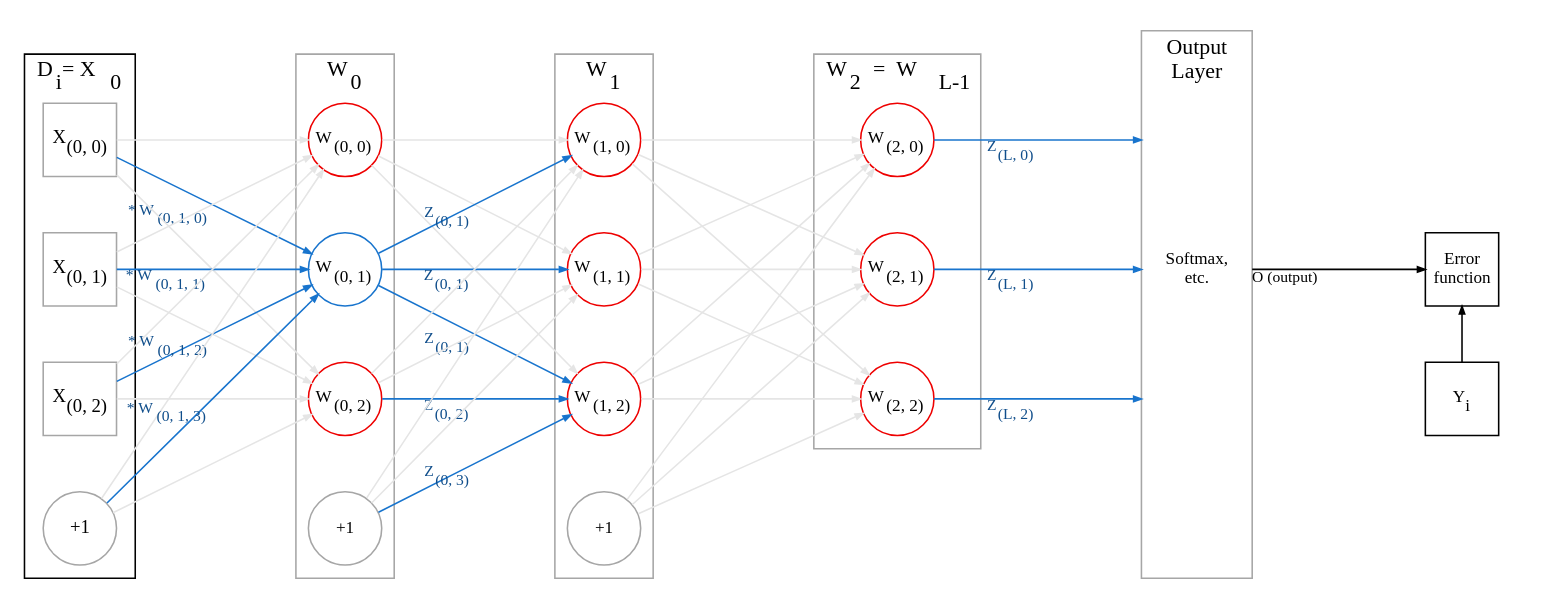
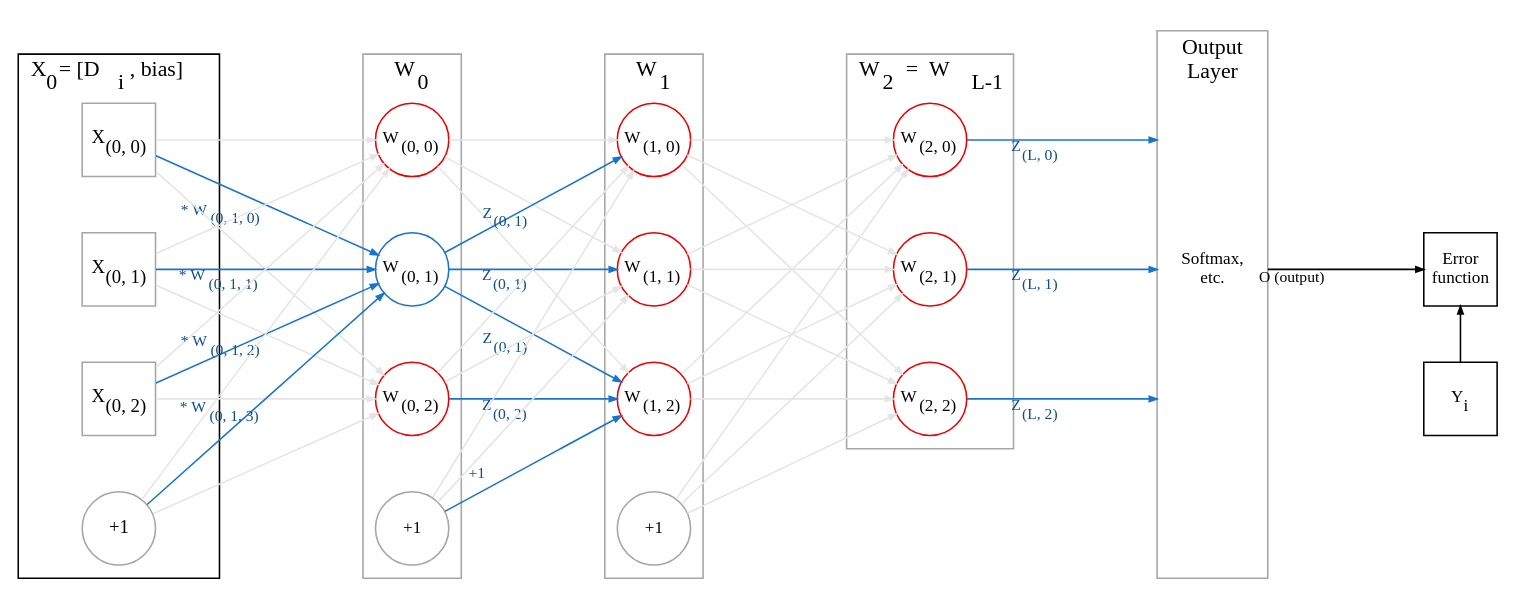
Before and after one commit to ARDivekar/Simple-English-Machine-Learning: the diagram in neural-networks/basic-feedforward-neural-networks/basic-feedforward-network-terminology.dot, drawn with Graphviz. The commit also changed 2 other files, not shown here.

```diff
--- a/neural-networks/basic-feedforward-neural-networks/basic-feedforward-network-terminology.dot
+++ b/neural-networks/basic-feedforward-neural-networks/basic-feedforward-network-terminology.dot
@@ -1,191 +1,191 @@
 digraph NeuralNetwork {
 
     rankdir=LR;
-    ranksep=1.65;
+    ranksep=1.5;
     newrank=true;
     splines=line;
     nodesep=0.5;
     forcelabels=true;
     node[
         // label="",
         fixedsize=true, 
         width=0.65,
         height=0.65,
         fontsize=11, 
         shape=circle
     ];
     edge[color=gray90, arrowsize=0.5, fontsize = 10];
     compound=true;
     
     subgraph cluster_X {
-        label=<D<sub>i</sub> = X<sub>0</sub>>;
+        label=<X<sub>0</sub> = [D<sub>i</sub>  , bias]>;
         node [style=solid, color=grey65, shape=square, fontsize=12];
         // Nodes:
         x0 [label=<X<sub>(0, 0)</sub>>]
         x1 [label=<X<sub>(0, 1)</sub>>]
         x2 [label=<X<sub>(0, 2)</sub>>]
         x_bias [label="+1", color=grey65, shape=circle]
     }
 
     subgraph cluster_W_0 {
 		label = <W<sub>0</sub>>;
 		color=grey65;
         // Nodes:
 		node [style=solid, color=red2];
         w00 [label=<W<sub>(0, 0)</sub>>];
 		w01 [label=<W<sub>(0, 1)</sub>>, color=dodgerblue3];
         w02 [label=<W<sub>(0, 2)</sub>>];
         w0_bias [label="+1", color=grey65]
 	}
 
     subgraph cluster_W_1 {
 		label = <W<sub>1</sub>>;
 		color=grey65;
         // Nodes:
 		node [style=solid, color=red2];
         w10 [label=<W<sub>(1, 0)</sub>>];
 		w11 [label=<W<sub>(1, 1)</sub>>];
         w12 [label=<W<sub>(1, 2)</sub>>];
         w1_bias [label="+1", color=grey65]
 	}
 
     subgraph cluster_W_2 {
 		label = <W<sub>2</sub>   =  W<sub>L-1</sub>>;
 		color=grey65;
         // Nodes:
 		node [style=solid, color=red2];
         w20 [label=<W<sub>(2, 0)</sub>>];
 		w21 [label=<W<sub>(2, 1)</sub>>];
         w22 [label=<W<sub>(2, 2)</sub>>];
         // w2_bias [label="", style=invis]
 	}
 
     subgraph cluster_W_2_bias {
 		label=""
         color=white;
         w2_bias [label="", style=invis]
 	}
 
 
 
     subgraph cluster_output_layer {
 		label = "Output \nLayer";
 		color=grey65;
         // Nodes:
 		node [style=solid, shape=none];
         o0 [label=""]
         o1 [label="Softmax,\netc."]
         o2 [label=""]
         o3 [label=""]
 	}
 
     subgraph cluster_error_function {
         rank=same;
         color=white;
         label="";
         node [style=solid, color=black, shape=square];
         e0 [style=invis]
         e1 [label="Error\n function"]
         y [label=<Y<sub>i</sub>>]
         e3 [style=invis]
         {
             e3 -> y [style=invis]
             y -> e1 [color=black]
             e1 -> e0 [style=invis]
         }
     }
 
     { x0 x1 x2 x_bias } -> { w00 }
     { x0 x1 x2 x_bias } -> { w02 }
     { x0 x1 x2 x_bias } -> { w0_bias } [style=invis]
     
     x0 -> w01 [xlabel=<* W<sub>(0, 1, 0)</sub>>, color=dodgerblue3, fontcolor=dodgerblue4] 
     x1 -> w01 [xlabel=<* W<sub>(0, 1, 1)</sub>>, color=dodgerblue3, fontcolor=dodgerblue4] 
     x2 -> w01 [xlabel=<* W<sub>(0, 1, 2)</sub>>, color=dodgerblue3, fontcolor=dodgerblue4] 
     x_bias -> w01 [xlabel=<* W<sub>(0, 1, 3)</sub>>, color=dodgerblue3, fontcolor=dodgerblue4] 
 
     // Between W0 and W1:
     { w00 } -> { w10 w11 w12 }
     w02 -> w10 
     w02 -> w11 
     w01 -> w10 [xlabel=<Z<sub>(0, 1)</sub>>, color=dodgerblue3, fontcolor=dodgerblue4]
     w01 -> w11 [xlabel=<Z<sub>(0, 1)</sub>>, color=dodgerblue3, fontcolor=dodgerblue4]
     w01 -> w12 [xlabel=<Z<sub>(0, 1)</sub>>, color=dodgerblue3, fontcolor=dodgerblue4]
     { w00 w01 w02 w0_bias } -> { w1_bias } [style=invis]
     w02 -> w12 [xlabel=<Z<sub>(0, 2)</sub>>, color=dodgerblue3, fontcolor=dodgerblue4]
     w0_bias -> {w10 w11}
-    w0_bias -> w12 [xlabel=<Z<sub>(0, 3)</sub>>, color=dodgerblue3, fontcolor=dodgerblue4]
+    w0_bias -> w12 [xlabel=<+1        >, color=dodgerblue3, fontcolor=dodgerblue4]
     
     // Between W1 and W2:
     { w10 w11 w12 w1_bias} -> { w20 w21 w22 }
     
     // Between W2 and Output layer:
     { w10 w11 w12 w1_bias} -> { w2_bias } -> { o0 o1 o2 o3 } [style=invis]
 
     
     w20 -> o0 [lhead=cluster_output_layer, color=dodgerblue3, xlabel=<Z<sub>(L, 0)</sub>>, fontcolor=dodgerblue4]
     w20 -> {o1 o2}[style = invis]
 
     w21 -> o1 [lhead=cluster_output_layer, color=dodgerblue3, xlabel=<Z<sub>(L, 1)</sub>>, fontcolor=dodgerblue4]
     w21 -> {o0 o2}[style = invis]
 
     w22 -> o2 [lhead=cluster_output_layer, color=dodgerblue3, xlabel=<Z<sub>(L, 2)</sub>>, fontcolor=dodgerblue4]
     w22 -> {o0 o1}[style = invis]
 
     o1 -> e1 [color = black, ltail=cluster_output_layer, xlabel=<O (output)>]
 
     {
         rank=same;
         x_bias
         -> 
         x2
         -> 
         x1 
         -> 
         x0 
         [style=invis]
     }
 
     {
         rank=same;
         w0_bias 
         -> 
         w02 
         -> 
         w01 
         -> 
         w00
         [style=invis]
     }
 
     {
         rank=same;
         w1_bias 
         -> 
         w12 
         -> 
         w11 
         -> 
         w10
         [style=invis]
     }
 
 
     {
         rank=same; 
         w2_bias 
         ->
         w22 [style=invis]
          
         w21 
         -> 
         w20
         [style=invis]
     }
 
      {
         rank=same;
         o3 -> o2 -> o1 -> o0
         [style=invis]
     }
 }
```
